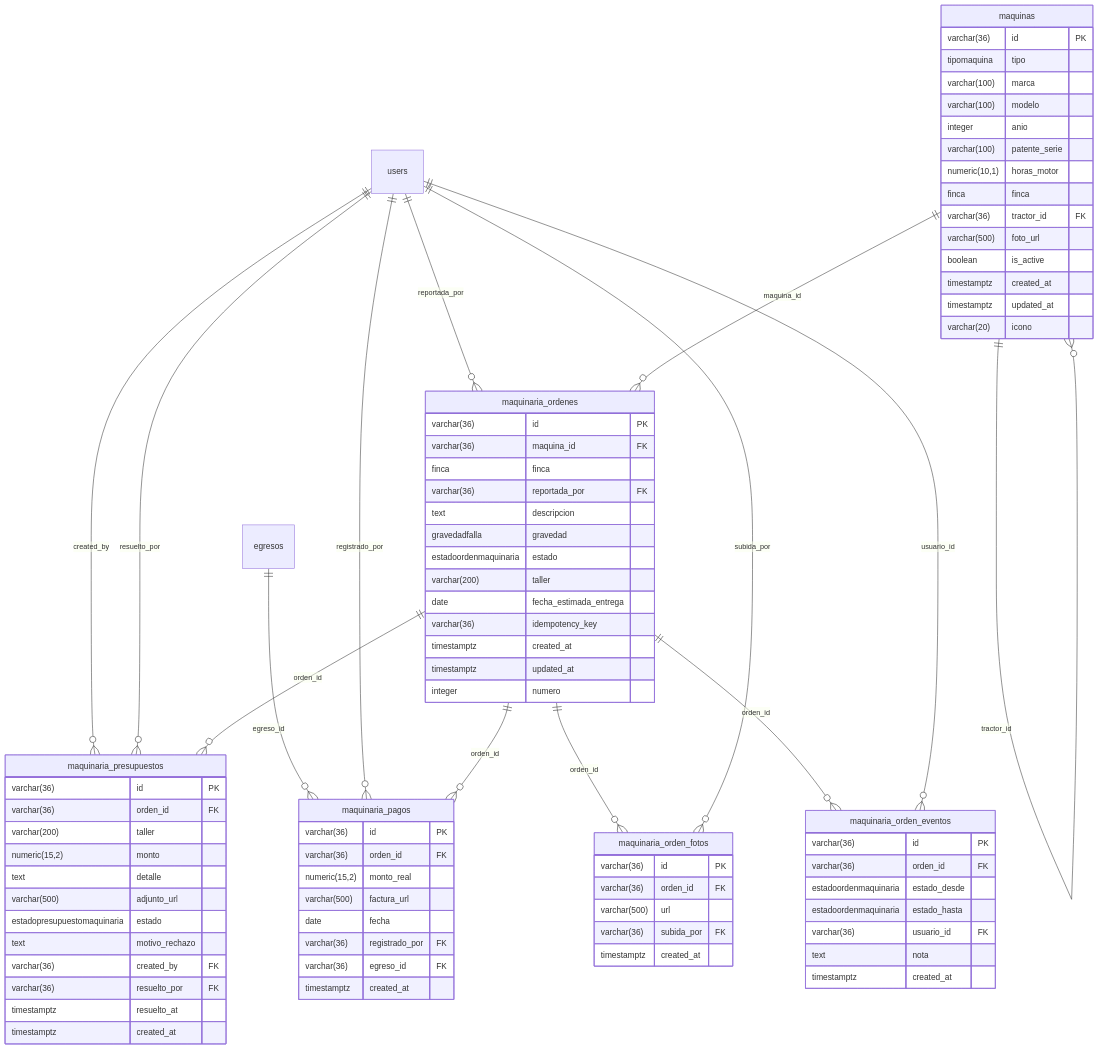
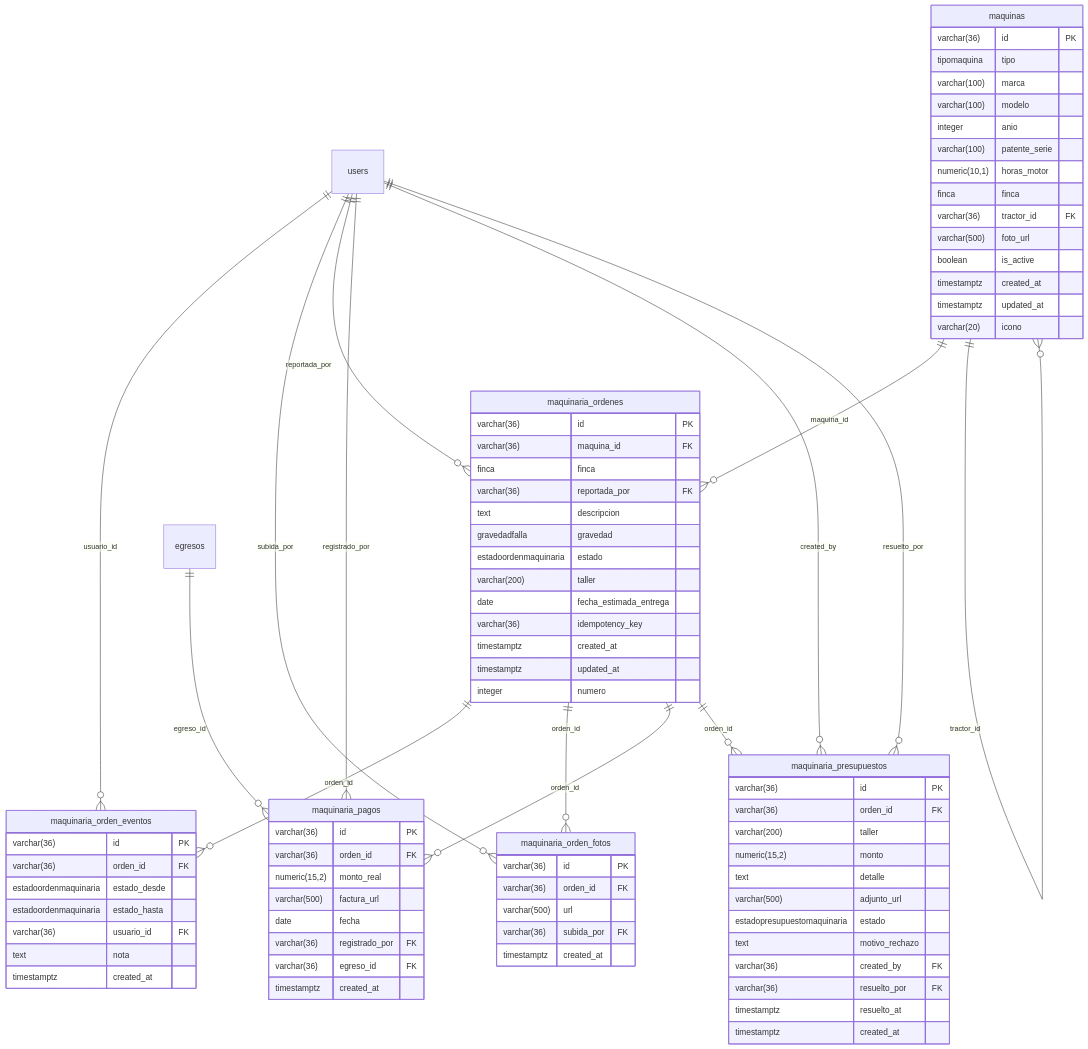
The ninth of 11 diagrams in docs/sistema/Modelo de Datos.md (FaustoYanzon/Proyecto-Gestion-Los-Lirios-), drawn with Mermaid before and after one commit. The commit also changed other lines of this file and 1 other file, not shown here.

```diff
--- a/docs/sistema/Modelo de Datos.md
+++ b/docs/sistema/Modelo de Datos.md
@@ -1539,14 +1615,14 @@
     users ||--o{ maquinaria_orden_eventos : "usuario_id"
     maquinaria_ordenes ||--o{ maquinaria_orden_fotos : "orden_id"
     users ||--o{ maquinaria_orden_fotos : "subida_por"
+    maquinas ||--o{ maquinaria_ordenes : "maquina_id"
     users ||--o{ maquinaria_ordenes : "reportada_por"
-    maquinas ||--o{ maquinaria_ordenes : "maquina_id"
     egresos ||--o{ maquinaria_pagos : "egreso_id"
+    maquinaria_ordenes ||--o{ maquinaria_pagos : "orden_id"
     users ||--o{ maquinaria_pagos : "registrado_por"
-    maquinaria_ordenes ||--o{ maquinaria_pagos : "orden_id"
     users ||--o{ maquinaria_presupuestos : "created_by"
+    maquinaria_ordenes ||--o{ maquinaria_presupuestos : "orden_id"
     users ||--o{ maquinaria_presupuestos : "resuelto_por"
-    maquinaria_ordenes ||--o{ maquinaria_presupuestos : "orden_id"
     maquinas ||--o{ maquinas : "tractor_id"
     maquinas {
         varchar(36) id PK
```
